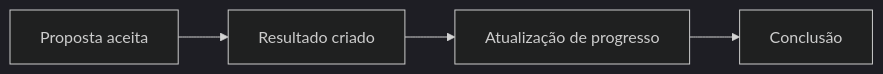
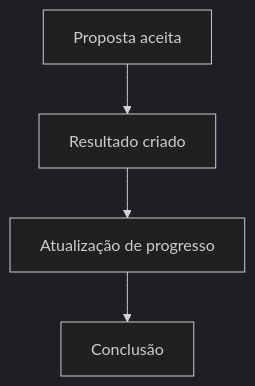
One commit to RochaCarla/doc-bp changed the diagram in docs/modulos/accountability.md. Above: the diagram before and after it, drawn with Mermaid (dark theme). The commit also changed 44 other files, not shown here.

First line of the commit message:
feat: aba Estudos, e-book em PDF e diagramas legíveis

````diff
--- a/docs/modulos/accountability.md
+++ b/docs/modulos/accountability.md
@@ -17,6 +17,6 @@
 ```mermaid
-graph LR
+flowchart TB
     A[Proposta aceita] --> B[Resultado criado]
     B --> C[Atualização de progresso]
     C --> D[Conclusão]
 ```
````
